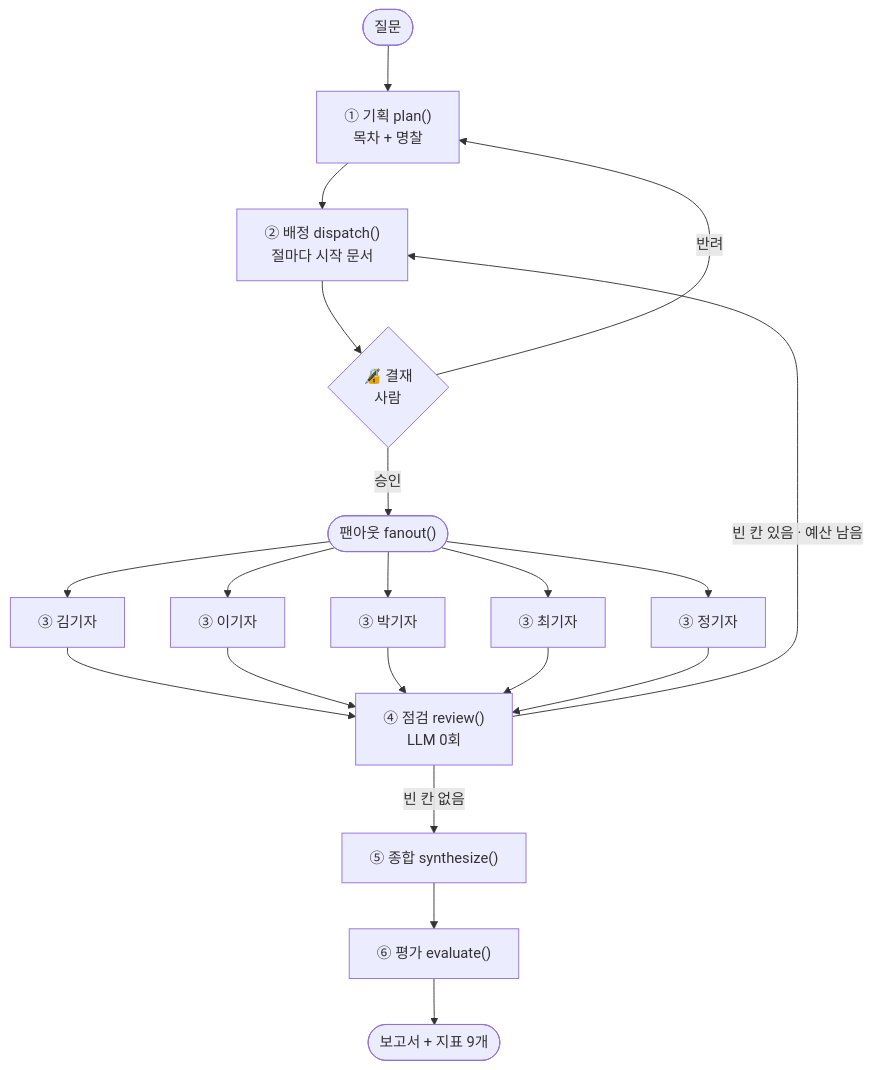
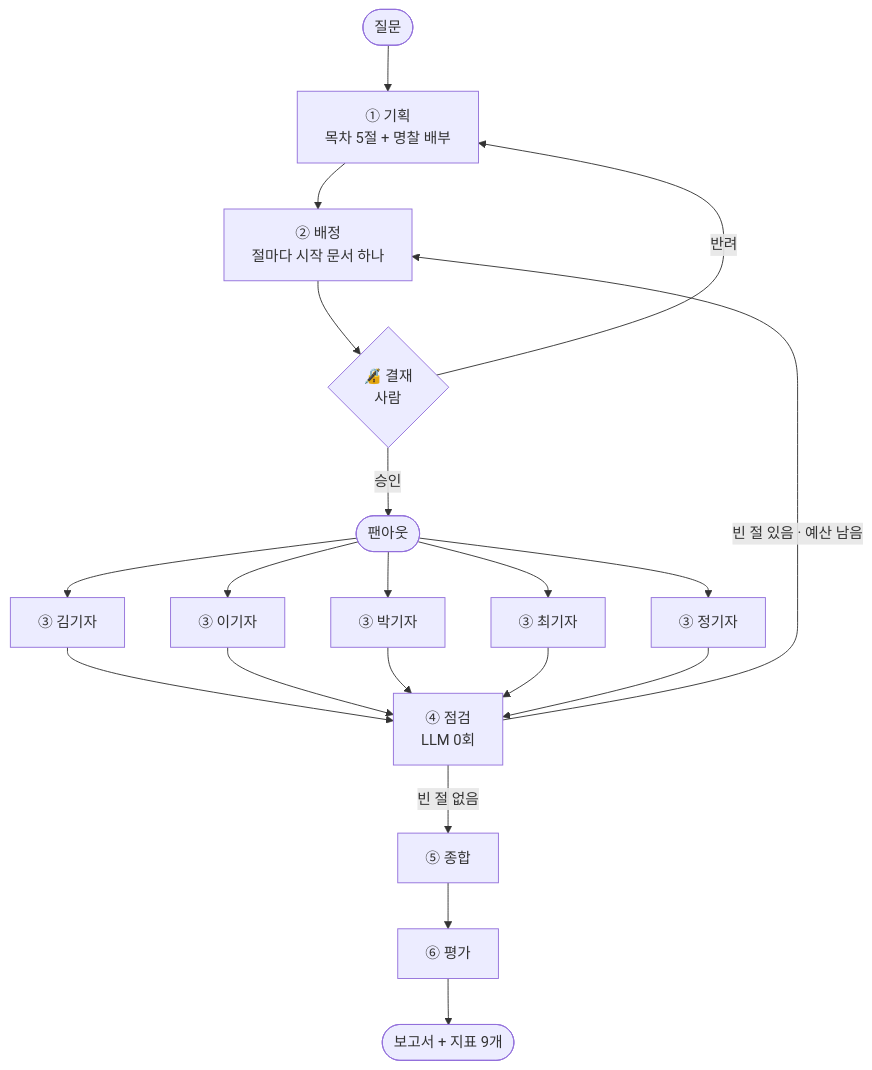
Before and after one commit to elfinnani-byte/mcu-deep-research: the diagram in REPORT.md, drawn with Mermaid. The commit also changed other lines of this file and 2 other files, not shown here.

````diff
--- a/REPORT.md
+++ b/REPORT.md
@@ -95,22 +85,22 @@
 ```mermaid
 flowchart TD
-  START([질문]) --> P["① 기획 plan()<br/>목차 + 명찰"]
-  P --> D["② 배정 dispatch()<br/>절마다 시작 문서"]
+  START([질문]) --> P["① 기획<br/>목차 5절 + 명찰 배부"]
+  P --> D["② 배정<br/>절마다 시작 문서 하나"]
   D --> G{"🔏 결재<br/>사람"}
   G -- 반려 --> P
-  G -- 승인 --> F(["팬아웃 fanout()"])
+  G -- 승인 --> F(["팬아웃"])
   F --> R1["③ 김기자"]
   F --> R2["③ 이기자"]
   F --> R3["③ 박기자"]
   F --> R4["③ 최기자"]
   F --> R5["③ 정기자"]
-  R1 --> V["④ 점검 review()<br/>LLM 0회"]
+  R1 --> V["④ 점검<br/>LLM 0회"]
   R2 --> V
   R3 --> V
   R4 --> V
   R5 --> V
-  V -- "빈 칸 있음 · 예산 남음" --> D
-  V -- 빈 칸 없음 --> Y["⑤ 종합 synthesize()"]
-  Y --> E["⑥ 평가 evaluate()"]
+  V -- "빈 절 있음 · 예산 남음" --> D
+  V -- 빈 절 없음 --> Y["⑤ 종합"]
+  Y --> E["⑥ 평가"]
   E --> END([보고서 + 지표 9개])
 ```
````
